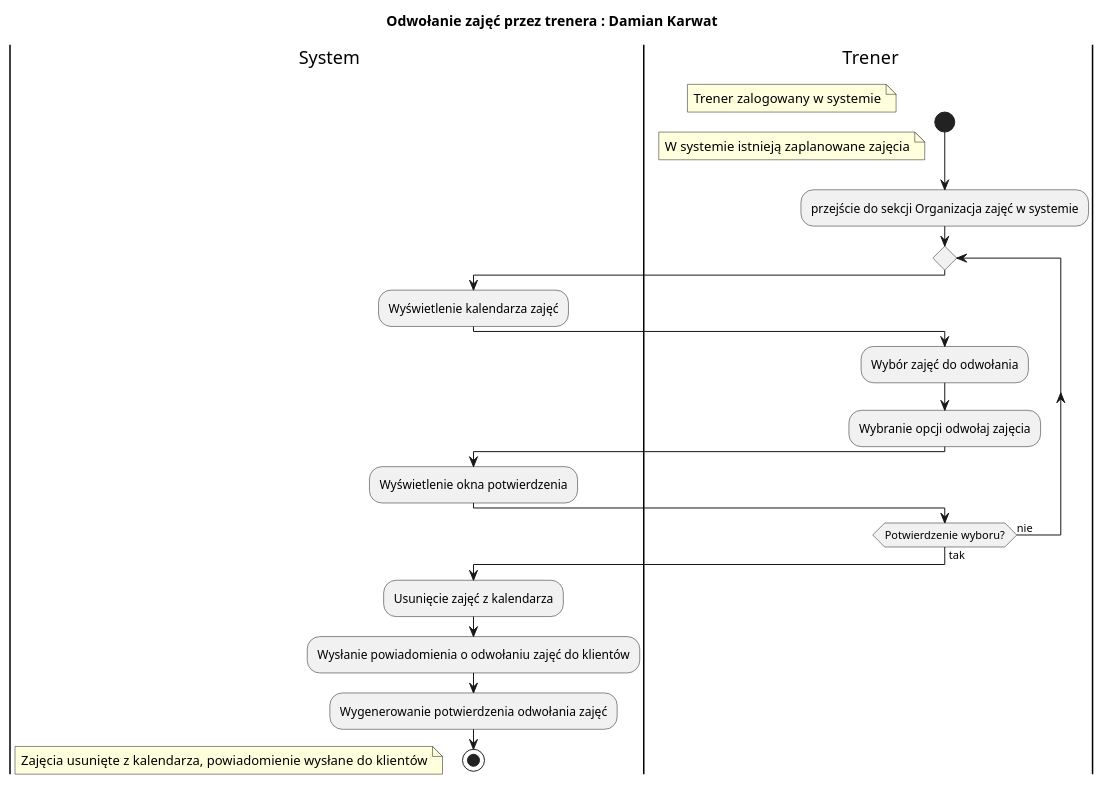
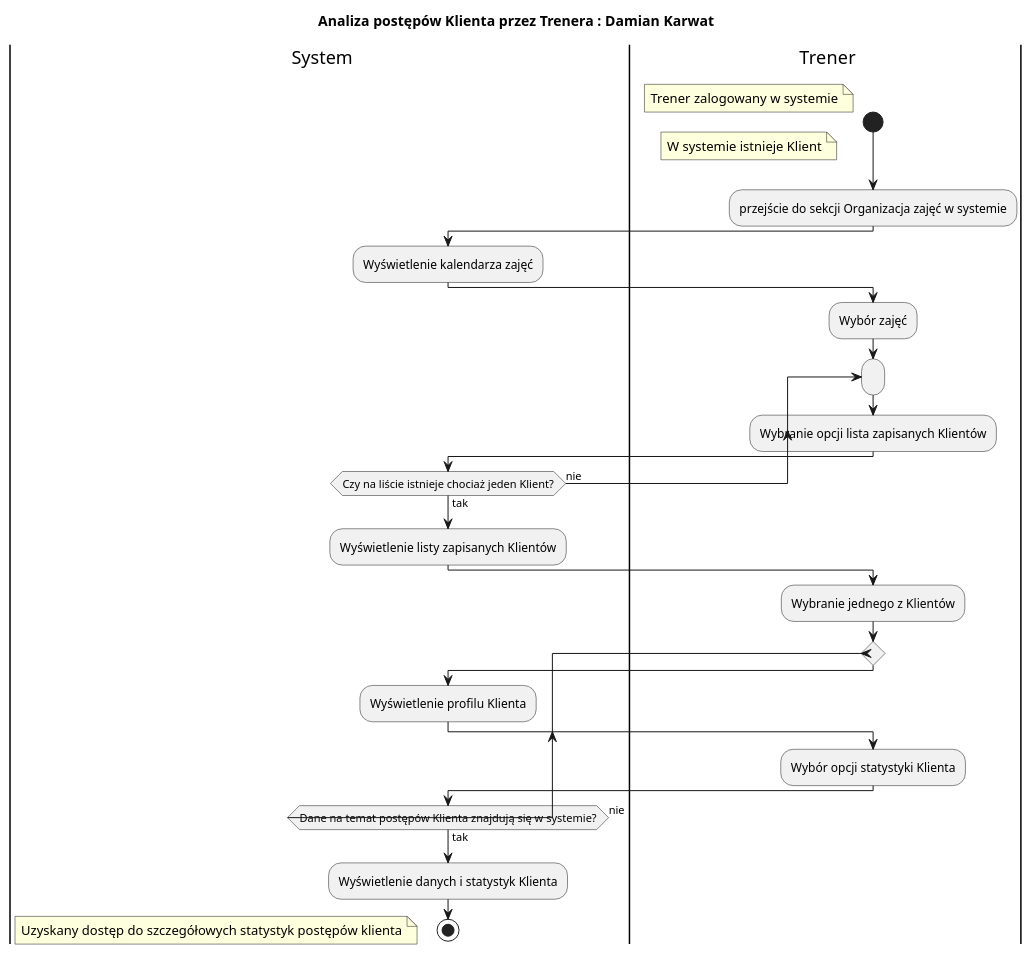
Before and after one commit to filip-stepien/software-engineering-lab: the diagram in src/activity_diagrams/Damian Karwat/analiza_postepow_klienta.puml, drawn with PlantUML. The commit also changed 10 other files, not shown here.

Commit message:
added more activity diagrams and started adding them to html

```diff
--- a/src/activity_diagrams/Damian Karwat/analiza_postepow_klienta.puml
+++ b/src/activity_diagrams/Damian Karwat/analiza_postepow_klienta.puml
@@ -1,27 +1,32 @@
 @startuml
 
-title Odwołanie zajęć przez trenera : Damian Karwat
+title Analiza postępów Klienta przez Trenera : Damian Karwat
 |s| System
 |t| Trener
 start
 floating note left: Trener zalogowany w systemie
-floating note left: W systemie istnieją zaplanowane zajęcia
+floating note left: W systemie istnieje Klient
 :przejście do sekcji Organizacja zajęć w systemie;
+|s|
+:Wyświetlenie kalendarza zajęć;
+|t|
+:Wybór zajęć;
+repeat:
+    :Wybranie opcji lista zapisanych Klientów;
+    |s|
+repeat while (Czy na liście istnieje chociaż jeden Klient?) is (nie) not (tak)
+:Wyświetlenie listy zapisanych Klientów;
+|t|
+:Wybranie jednego z Klientów;
 repeat
-    |s|
-    :Wyświetlenie kalendarza zajęć;
-    |t|
-    :Wybór zajęć do odwołania;
-    :Wybranie opcji odwołaj zajęcia;
-    |s|
-    :Wyświetlenie okna potwierdzenia;
-    |t|
-repeat while (Potwierdzenie wyboru?) is (nie) not (tak)
 |s|
-:Usunięcie zajęć z kalendarza;
-:Wysłanie powiadomienia o odwołaniu zajęć do klientów;
-:Wygenerowanie potwierdzenia odwołania zajęć;
+:Wyświetlenie profilu Klienta;
+|t|
+:Wybór opcji statystyki Klienta;
+|s|
+repeat while (Dane na temat postępów Klienta znajdują się w systemie?) is (nie) not (tak)
+:Wyświetlenie danych i statystyk Klienta;
 stop
-floating note left: Zajęcia usunięte z kalendarza, powiadomienie wysłane do klientów
+floating note left: Uzyskany dostęp do szczegółowych statystyk postępów klienta
 
 @enduml
```
